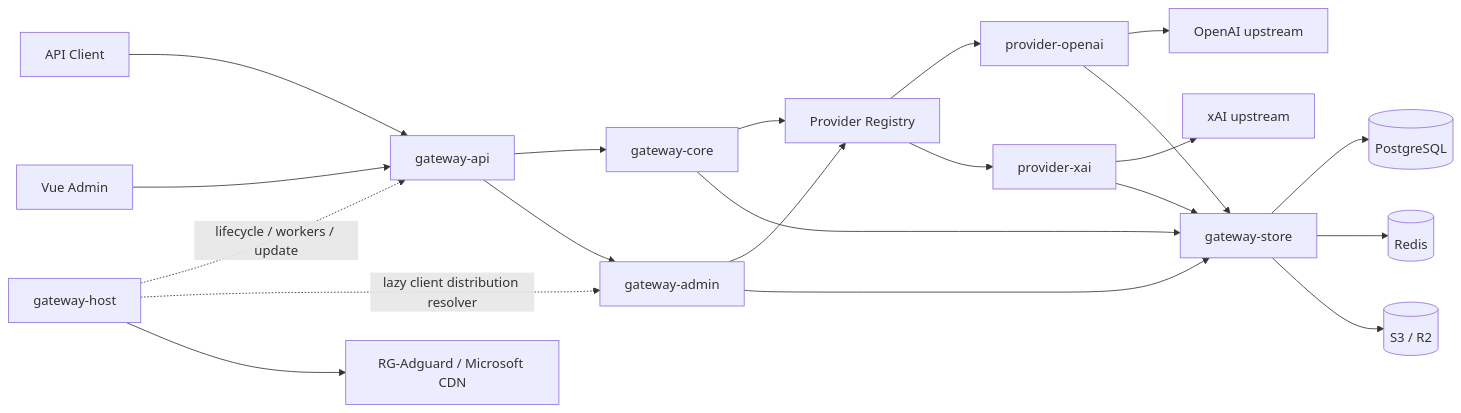
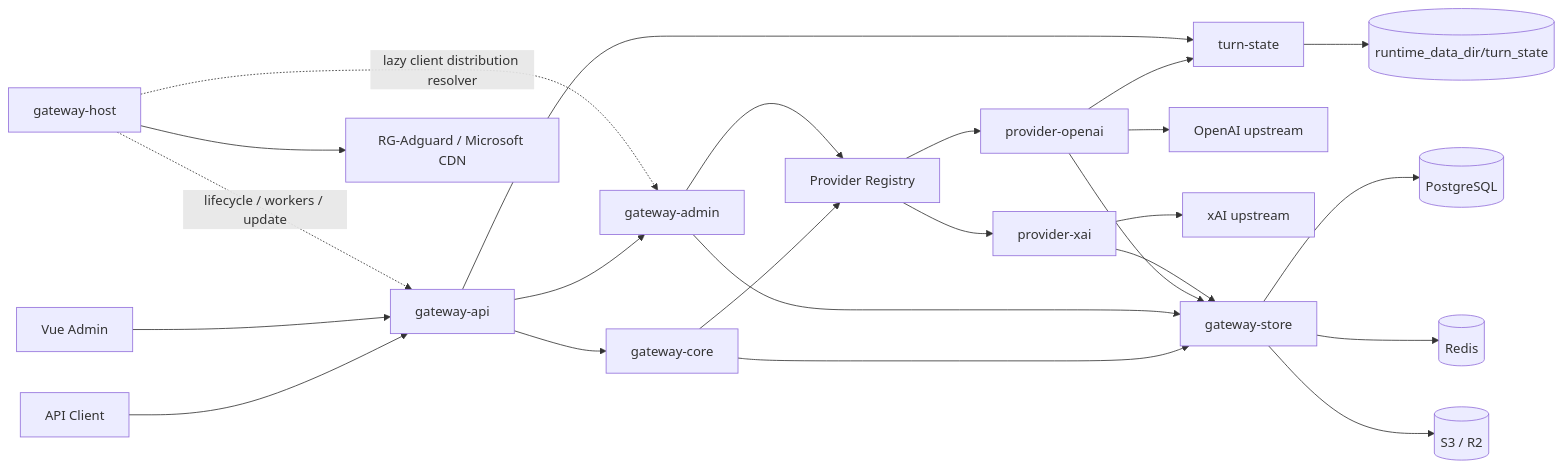
One commit to wuxiran/codex-proxy-rs changed the first of 2 diagrams in docs/architecture.md. Above: the diagram before and after it, drawn with Mermaid. The commit also changed other lines of this file and 66 other files, not shown here.

````diff
--- a/docs/architecture.md
+++ b/docs/architecture.md
@@ -23,27 +23,30 @@
 ```mermaid
 flowchart LR
   Client[API Client] --> API[gateway-api]
   Browser[Vue Admin] --> API
 
   API --> Core[gateway-core]
   API --> Admin[gateway-admin]
 
   Core --> Registry[Provider Registry]
   Admin --> Registry
   Registry --> OpenAI[provider-openai]
   Registry --> XAI[provider-xai]
+  OpenAI --> TurnState[turn-state]
+  API --> TurnState
+  TurnState --> StateFiles[(runtime_data_dir/turn_state)]
   OpenAI --> OpenAIUpstream[OpenAI upstream]
   XAI --> XAIUpstream[xAI upstream]
 
   Core --> Store[gateway-store]
   Admin --> Store
   OpenAI --> Store
   XAI --> Store
   Store --> PG[(PostgreSQL)]
   Store --> Redis[(Redis)]
   Store --> Object[(S3 / R2)]
 
   Host[gateway-host] -. lifecycle / workers / update .-> API
   Host -. lazy client distribution resolver .-> Admin
   Host --> StoreLinks[RG-Adguard / Microsoft CDN]
 ```
````
